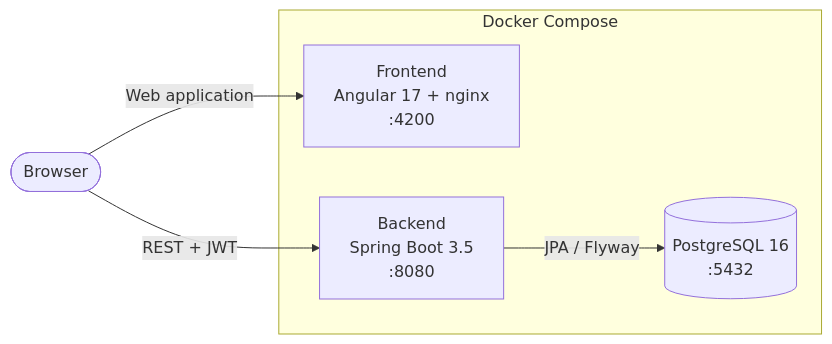
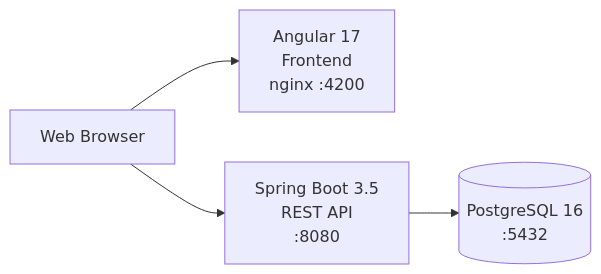
One commit to aziz11414/taskai-optimizer changed the diagram in README.md. Above: the diagram before and after it, drawn with Mermaid. The commit also changed other lines of this file, not shown here.

````diff
--- a/README.md
+++ b/README.md
@@ -268,14 +398,14 @@
 ```mermaid
 flowchart LR
-    User([Browser])
+    Browser["Web Browser"]
 
-    subgraph Docker Compose
-        FE["Frontend<br/>Angular 17 + nginx<br/>:4200"]
-        BE["Backend<br/>Spring Boot 3.5<br/>:8080"]
-        DB[("PostgreSQL 16<br/>:5432")]
-    end
+    Frontend["Angular 17<br/>Frontend<br/>nginx :4200"]
 
-    User -- "Web application" --> FE
-    User -- "REST + JWT" --> BE
-    BE -- "JPA / Flyway" --> DB
+    Backend["Spring Boot 3.5<br/>REST API<br/>:8080"]
+
+    Database[("PostgreSQL 16<br/>:5432")]
+
+    Browser --> Frontend
+    Browser --> Backend
+    Backend --> Database
 ```
````
